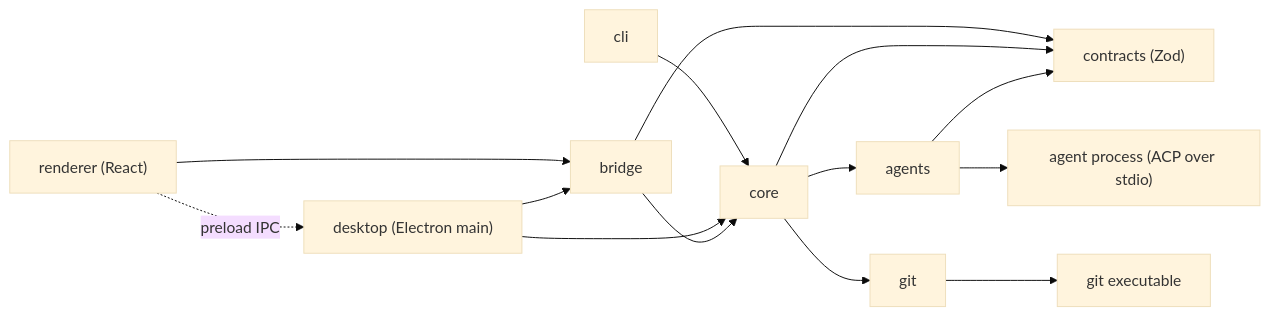
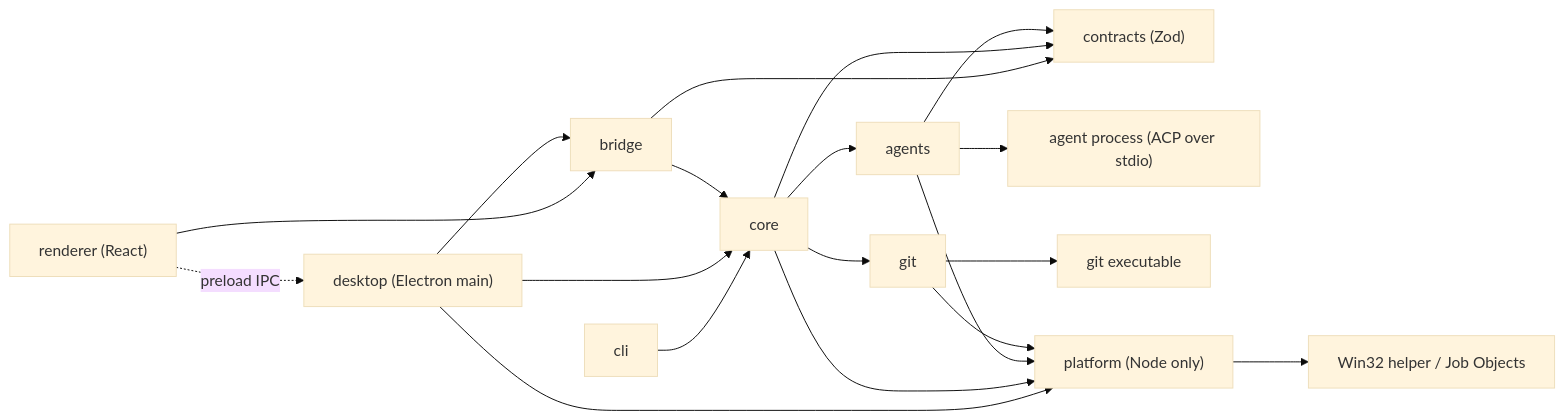
The diagram in ARCHITECTURE.md (CodeManufactoryLLC/Code60), drawn with Mermaid (base theme) before and after one commit. The commit also changed other lines of this file and 79 other files, not shown here.

````diff
--- a/ARCHITECTURE.md
+++ b/ARCHITECTURE.md
@@ -44,16 +45,21 @@
 ```mermaid
 flowchart LR
   CLI["cli"] --> Core["core"]
   Renderer["renderer (React)"] -. preload IPC .-> Desktop["desktop (Electron main)"]
   Renderer --> Bridge["bridge"]
   Desktop --> Bridge
   Desktop --> Core
   Bridge --> Core
   Bridge --> Contracts["contracts (Zod)"]
   Core --> Contracts
   Agents --> Contracts
   Core --> Agents["agents"]
   Core --> Git["git"]
   Agents --> ACP["agent process (ACP over stdio)"]
   Git --> GitBin["git executable"]
+  Desktop --> Platform["platform (Node only)"]
+  Core --> Platform
+  Agents --> Platform
+  Git --> Platform
+  Platform --> Win32["Win32 helper / Job Objects"]
 ```
````
